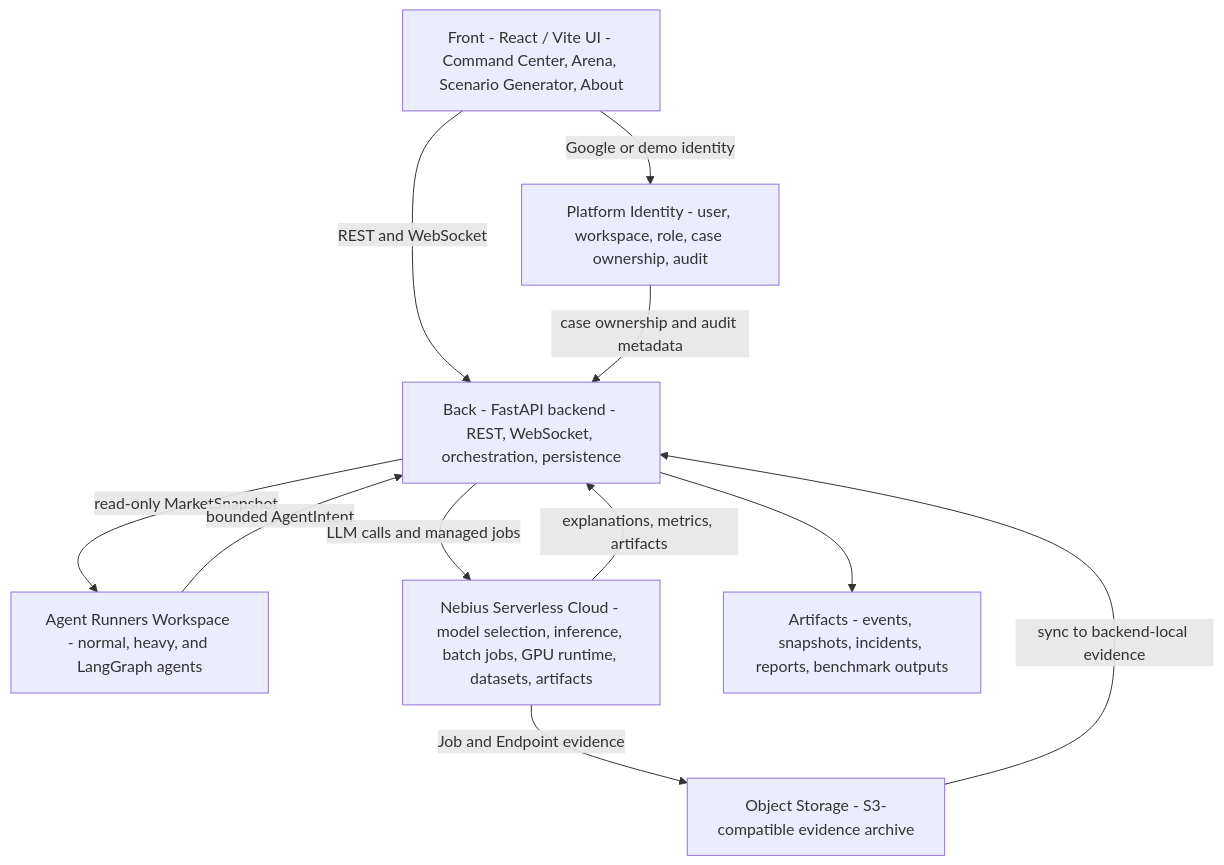
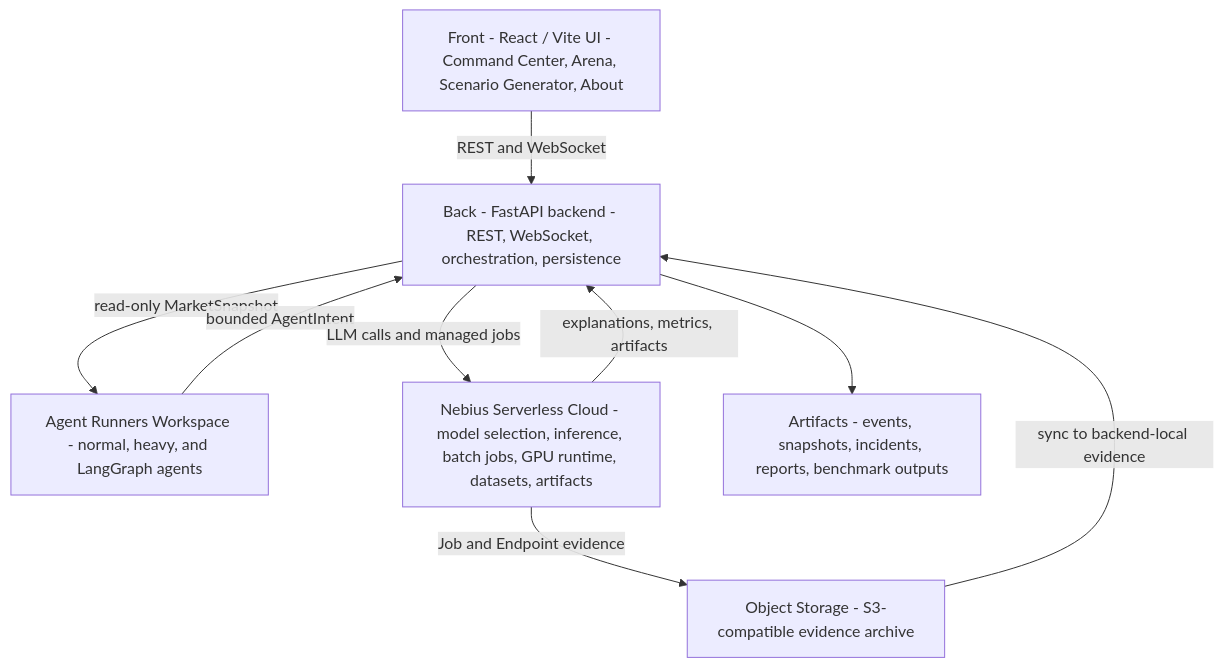
Before and after one commit to khab40/aimada: the first of 7 diagrams in docs/architecture/ARD-0001-overall-architecture.md, drawn with Mermaid. The commit also changed other lines of this file and 94 other files, not shown here.

````diff
--- a/docs/architecture/ARD-0001-overall-architecture.md
+++ b/docs/architecture/ARD-0001-overall-architecture.md
@@ -46,21 +44,18 @@
 ```mermaid
 graph TD
     Front["Front - React / Vite UI - Command Center, Arena, Scenario Generator, About"]
     Back["Back - FastAPI backend - REST, WebSocket, orchestration, persistence"]
     Runners["Agent Runners Workspace - normal, heavy, and LangGraph agents"]
     Nebius["Nebius Serverless Cloud - model selection, inference, batch jobs, GPU runtime, datasets, artifacts"]
     Store["Artifacts - events, snapshots, incidents, reports, benchmark outputs"]
     ObjectStore["Object Storage - S3-compatible evidence archive"]
-    Identity["Platform Identity - user, workspace, role, case ownership, audit"]
 
     Front -->|REST and WebSocket| Back
-    Front -->|Google or demo identity| Identity
-    Identity -->|case ownership and audit metadata| Back
     Back -->|read-only MarketSnapshot| Runners
     Runners -->|bounded AgentIntent| Back
     Back -->|LLM calls and managed jobs| Nebius
     Nebius -->|explanations, metrics, artifacts| Back
     Nebius -->|Job and Endpoint evidence| ObjectStore
     ObjectStore -->|sync to backend-local evidence| Back
     Back --> Store
 ```
````
